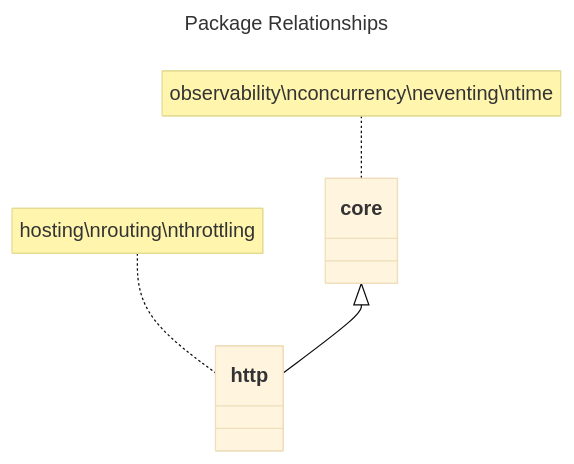
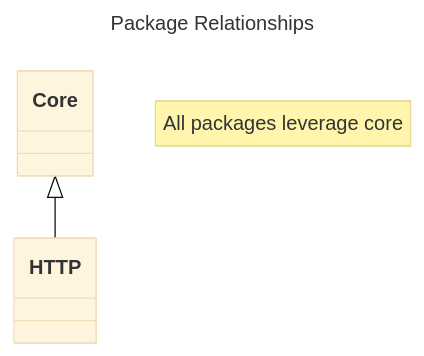
The diagram in packages/README.md (telefrek/granada), drawn with Mermaid (base theme) before and after one commit. The commit also changed 29 other files, not shown here.

````diff
--- a/packages/README.md
+++ b/packages/README.md
@@ -5,13 +5,8 @@
 ```mermaid
 ---
 title: Package Relationships
 ---
 classDiagram
-    note for core "observability\nconcurrency\neventing\ntime"
-    core <|-- http
-    note for http "hosting\nrouting\nthrottling"
-    class core{
-    }
-    class http{
-    }
+    note "All packages leverage core"
+    Core <|-- HTTP
 ```
````
